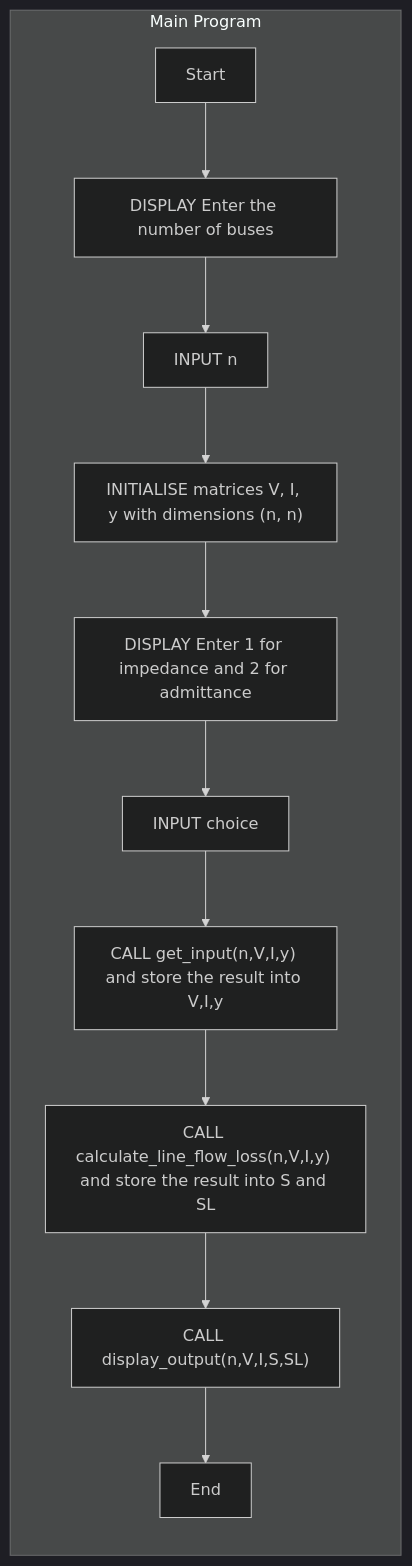
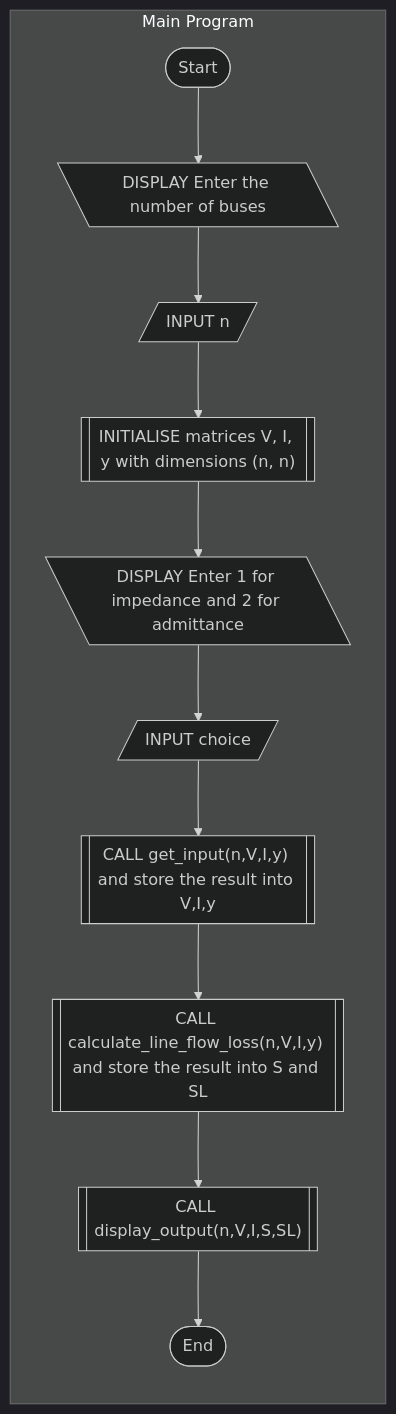
The second of 4 diagrams in line-flows-and-losses.md (Sree2011/flowcharts-load-flow-analysis), drawn with Mermaid (dark theme) before and after one commit. The commit also changed other lines of this file, not shown here.

Commit message:
Refactor flowchart nodes to use parentheses for improved clarity and consistency

```diff
--- a/line-flows-and-losses.md
+++ b/line-flows-and-losses.md
@@ -52,16 +52,16 @@
 <pre class="mermaid">
 graph LR
     subgraph "Main Program"
         direction TB
-        A[Start]
-        A --> B["DISPLAY Enter the number of buses"]
-        B --> C[INPUT n]
-        C --> D["INITIALISE matrices V, I, y with dimensions (n, n)"]
-        D --> E["DISPLAY Enter 1 for impedance and 2 for admittance"]
-        E --> F[INPUT choice]
-        F --> G["CALL get_input(n,V,I,y) and store the result into V,I,y"]
-        G --> H["CALL calculate_line_flow_loss(n,V,I,y) and store the result into S and SL"]
-        H --> I["CALL display_output(n,V,I,S,SL)"]
-        I --> J[End]
+        A([Start])
+        A --> B["DISPLAY Enter the number of buses"]@{shape: lean-left}
+        B --> C[INPUT n]@{shape: lean-right}
+        C --> D[["INITIALISE matrices V, I, y with dimensions (n, n)"]]
+        D --> E["DISPLAY Enter 1 for impedance and 2 for admittance"]@{shape: lean-left}
+        E --> F[INPUT choice]@{shape: lean-right}
+        F --> G[["CALL get_input(n,V,I,y) and store the result into V,I,y"]]
+        G --> H[["CALL calculate_line_flow_loss(n,V,I,y) and store the result into S and SL"]]
+        H --> I[["CALL display_output(n,V,I,S,SL)"]]
+        I --> J([End])
     end
 </pre>
```
